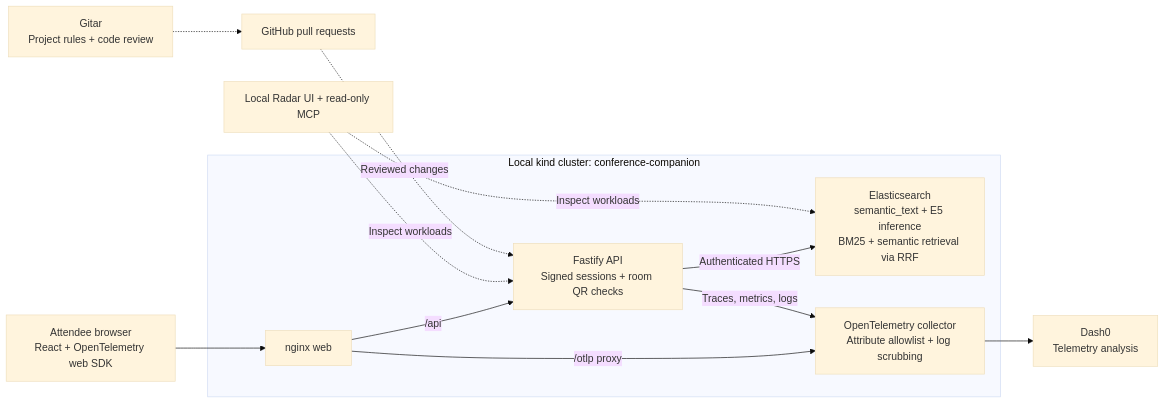
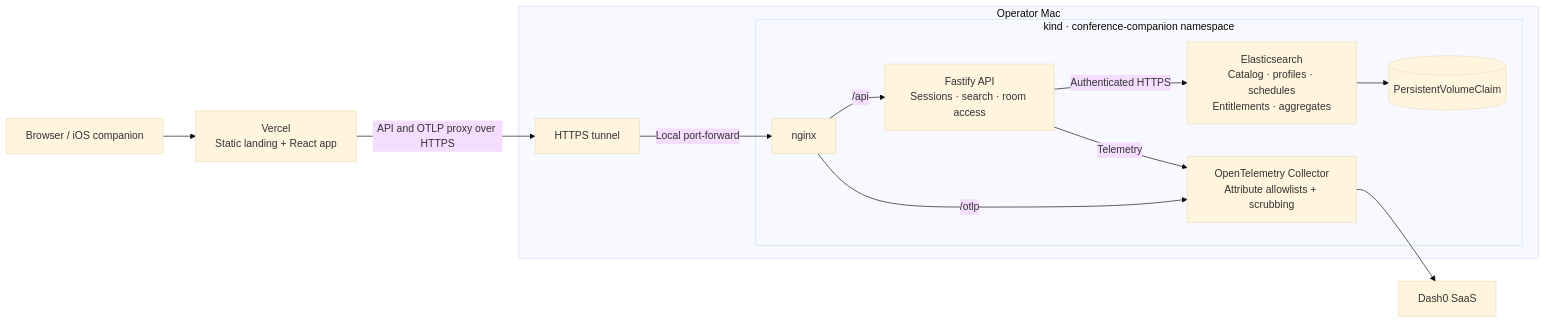
The diagram in README.md (DL4P1N/Kubecon-2026), drawn with Mermaid (base theme) before and after one commit. The commit also changed other lines of this file and 1 other file, not shown here.

````diff
--- a/README.md
+++ b/README.md
@@ -35,20 +30,22 @@
 ```mermaid
 flowchart LR
-  Browser["Attendee browser<br/>React + OpenTelemetry web SDK"]
-  subgraph Kind["Local kind cluster: conference-companion"]
-    Web["nginx web"]
-    API["Fastify API<br/>Signed sessions + room QR checks"]
-    ES["Elasticsearch<br/>semantic_text + E5 inference<br/>BM25 + semantic retrieval via RRF"]
-    OTel["OpenTelemetry collector<br/>Attribute allowlist + log scrubbing"]
-    Web -->|/api| API
-    API -->|Authenticated HTTPS| ES
-    Web -->|/otlp proxy| OTel
-    API -->|Traces, metrics, logs| OTel
+  Browser["Browser / iOS companion"] --> Vercel["Vercel<br/>Static landing + React app"]
+  subgraph Mac["Operator Mac"]
+    Tunnel["HTTPS tunnel"]
+    subgraph Kind["kind · conference-companion namespace"]
+      Web["nginx"]
+      API["Fastify API<br/>Sessions · search · room access"]
+      ES["Elasticsearch<br/>Catalog · profiles · schedules<br/>Entitlements · aggregates"]
+      PVC[("PersistentVolumeClaim")]
+      Collector["OpenTelemetry Collector<br/>Attribute allowlists + scrubbing"]
+      Web -->|/api| API
+      API -->|Authenticated HTTPS| ES
+      ES --> PVC
+      Web -->|/otlp| Collector
+      API -->|Telemetry| Collector
+    end
+    Tunnel -->|Local port-forward| Web
   end
-  Browser --> Web
-  OTel --> Dash0["Dash0<br/>Telemetry analysis"]
-  Radar["Local Radar UI + read-only MCP"] -.->|Inspect workloads| API
-  Radar -.->|Inspect workloads| ES
-  Gitar["Gitar<br/>Project rules + code review"] -.-> PRs["GitHub pull requests"]
-  PRs -.->|Reviewed changes| API
+  Vercel -->|API and OTLP proxy over HTTPS| Tunnel
+  Collector --> Dash0["Dash0 SaaS"]
 ```
````
